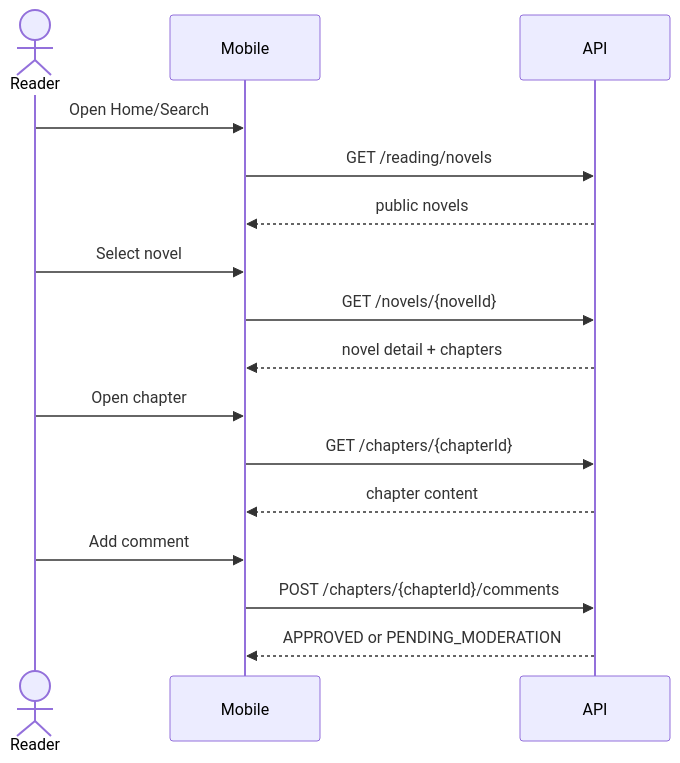
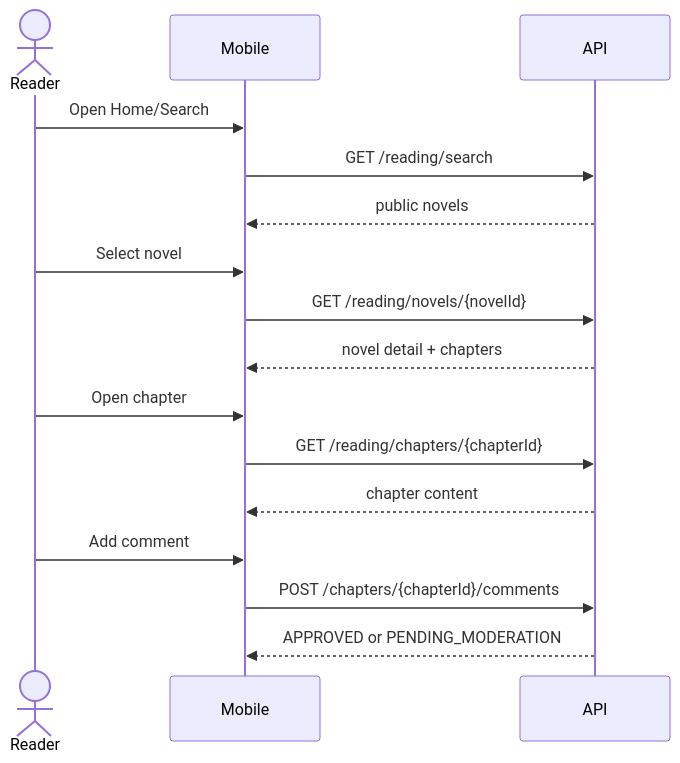
One commit to Ephurin/Novel_sharing_platform changed the first of 6 diagrams in docs/Frontend/user-flows.md. Above: the diagram before and after it, drawn with Mermaid. The commit also changed other lines of this file and 96 other files, not shown here.

````diff
--- a/docs/Frontend/user-flows.md
+++ b/docs/Frontend/user-flows.md
@@ -5,19 +5,19 @@
 ```mermaid
 sequenceDiagram
     actor Reader
     participant Mobile
     participant API
 
     Reader->>Mobile: Open Home/Search
-    Mobile->>API: GET /reading/novels
+    Mobile->>API: GET /reading/search
     API-->>Mobile: public novels
     Reader->>Mobile: Select novel
-    Mobile->>API: GET /novels/{novelId}
+    Mobile->>API: GET /reading/novels/{novelId}
     API-->>Mobile: novel detail + chapters
     Reader->>Mobile: Open chapter
-    Mobile->>API: GET /chapters/{chapterId}
+    Mobile->>API: GET /reading/chapters/{chapterId}
     API-->>Mobile: chapter content
     Reader->>Mobile: Add comment
     Mobile->>API: POST /chapters/{chapterId}/comments
     API-->>Mobile: APPROVED or PENDING_MODERATION
 ```
````
